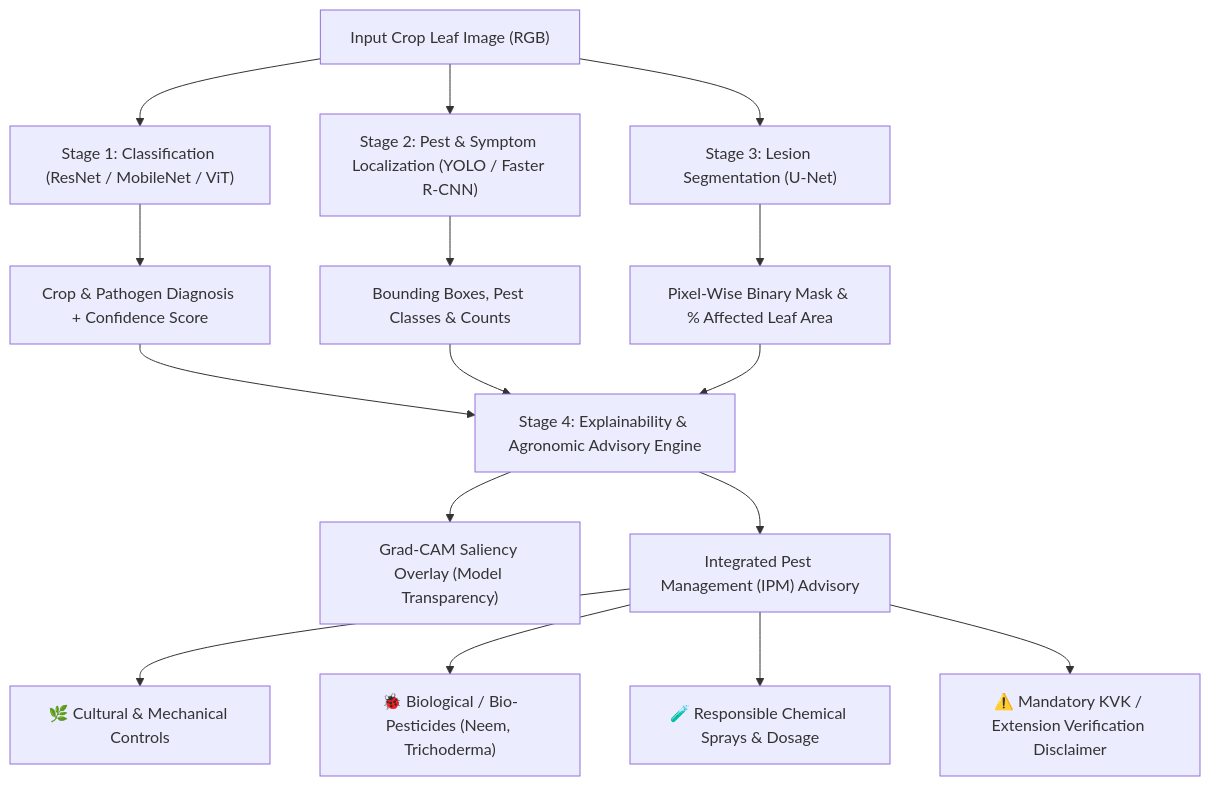
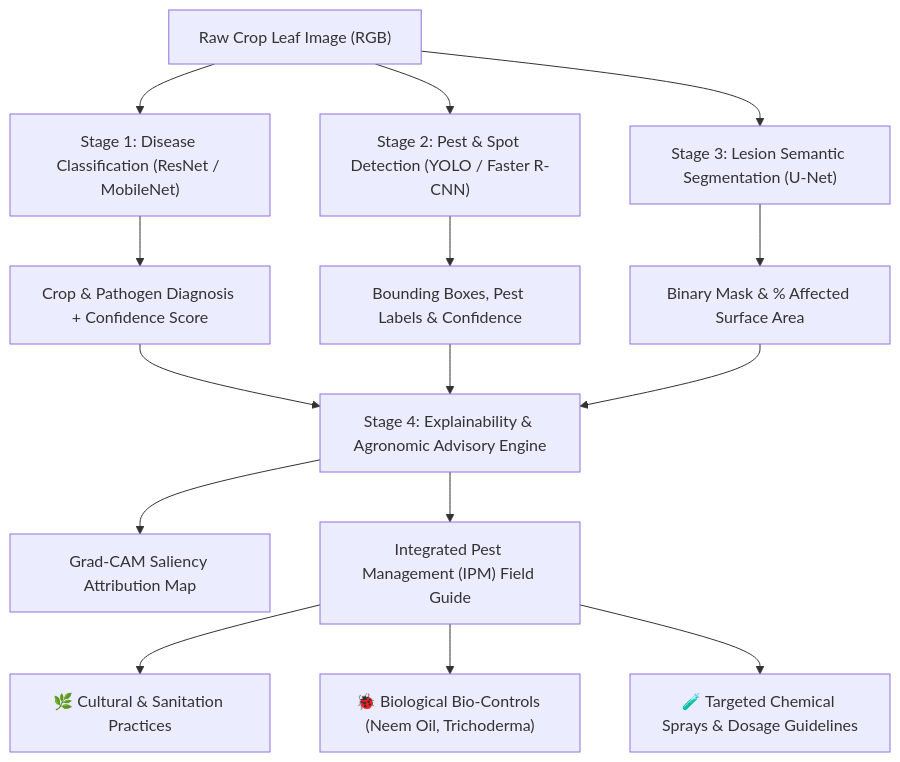
The diagram in README.md (harshitchauhann95/crop-disease-pest-vision-cse471), drawn with Mermaid before and after one commit. The commit also changed other lines of this file and 3 other files, not shown here.

````diff
--- a/README.md
+++ b/README.md
@@ -77,19 +38,18 @@
 ```mermaid
 flowchart TD
-    In["Input Crop Leaf Image (RGB)"] --> S1["Stage 1: Classification (ResNet / MobileNet / ViT)"]
-    In --> S2["Stage 2: Pest & Symptom Localization (YOLO / Faster R-CNN)"]
-    In --> S3["Stage 3: Lesion Segmentation (U-Net)"]
+    In["Raw Crop Leaf Image (RGB)"] --> S1["Stage 1: Disease Classification (ResNet / MobileNet)"]
+    In --> S2["Stage 2: Pest & Spot Detection (YOLO / Faster R-CNN)"]
+    In --> S3["Stage 3: Lesion Semantic Segmentation (U-Net)"]
 
     S1 --> D1["Crop & Pathogen Diagnosis + Confidence Score"]
-    S2 --> D2["Bounding Boxes, Pest Classes & Counts"]
-    S3 --> D3["Pixel-Wise Binary Mask & % Affected Leaf Area"]
+    S2 --> D2["Bounding Boxes, Pest Labels & Confidence"]
+    S3 --> D3["Binary Mask & % Affected Surface Area"]
 
     D1 & D2 & D3 --> S4["Stage 4: Explainability & Agronomic Advisory Engine"]
-    S4 --> XAI["Grad-CAM Saliency Overlay (Model Transparency)"]
-    S4 --> IPM["Integrated Pest Management (IPM) Advisory"]
+    S4 --> XAI["Grad-CAM Saliency Attribution Map"]
+    S4 --> IPM["Integrated Pest Management (IPM) Field Guide"]
 
-    IPM --> Adv1["🌿 Cultural & Mechanical Controls"]
-    IPM --> Adv2["🐞 Biological / Bio-Pesticides (Neem, Trichoderma)"]
-    IPM --> Adv3["🧪 Responsible Chemical Sprays & Dosage"]
-    IPM --> Adv4["⚠️ Mandatory KVK / Extension Verification Disclaimer"]
+    IPM --> Adv1["🌿 Cultural & Sanitation Practices"]
+    IPM --> Adv2["🐞 Biological Bio-Controls (Neem Oil, Trichoderma)"]
+    IPM --> Adv3["🧪 Targeted Chemical Sprays & Dosage Guidelines"]
 ```
````
